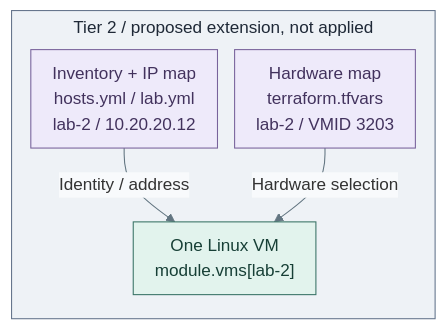
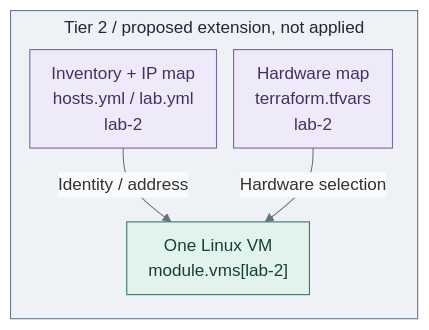
Before and after one commit to Rexus/homelab: the diagram in docs/development/adding-service.md, drawn with Mermaid. The commit also changed 247 other files, not shown here.

````diff
--- a/docs/development/adding-service.md
+++ b/docs/development/adding-service.md
@@ -109,19 +109,19 @@
 ```mermaid
 %%{init: {"theme":"base","flowchart":{"nodeSpacing":16,"rankSpacing":20,"padding":10,"subGraphTitleMargin":{"top":4,"bottom":10}},"themeVariables":{"lineColor":"#627581","edgeLabelBackground":"#f8fafc"}}}%%
 flowchart TB
   subgraph Tier["Tier 2 / proposed extension, not applied"]
     direction TB
-    Ansible["Inventory + IP map<br/>hosts.yml / lab.yml<br/>lab-2 / 10.20.20.12"]
-    Hardware["Hardware map<br/>terraform.tfvars<br/>lab-2 / VMID 3203"]
+  Ansible["Inventory + IP map<br/>hosts.yml / lab.yml<br/>lab-2"]
+  Hardware["Hardware map<br/>terraform.tfvars<br/>lab-2"]
     Guest["One Linux VM<br/>module.vms[lab-2]"]
     Ansible -->|Identity / address| Guest
     Hardware -->|Hardware selection| Guest
   end
   classDef default fill:#f8fafc,stroke:#64748b,color:#1f2937
   classDef boundary fill:#eef2f6,stroke:#64748b,color:#1f2937
   classDef control fill:#e2f3ed,stroke:#397366,color:#173f36
   classDef data fill:#eeeafa,stroke:#78639b,color:#42325d
   class Tier boundary
   class Ansible,Hardware data
   class Guest control
 ```
````
